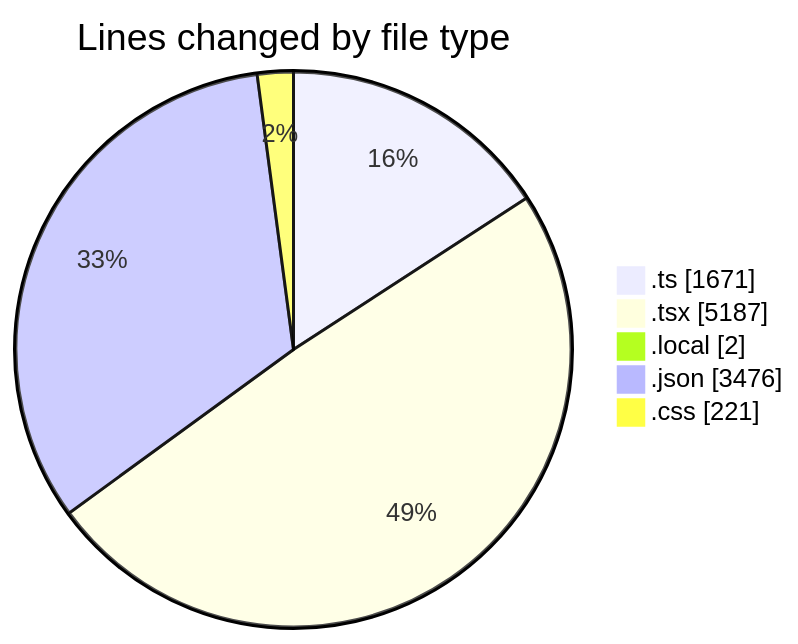
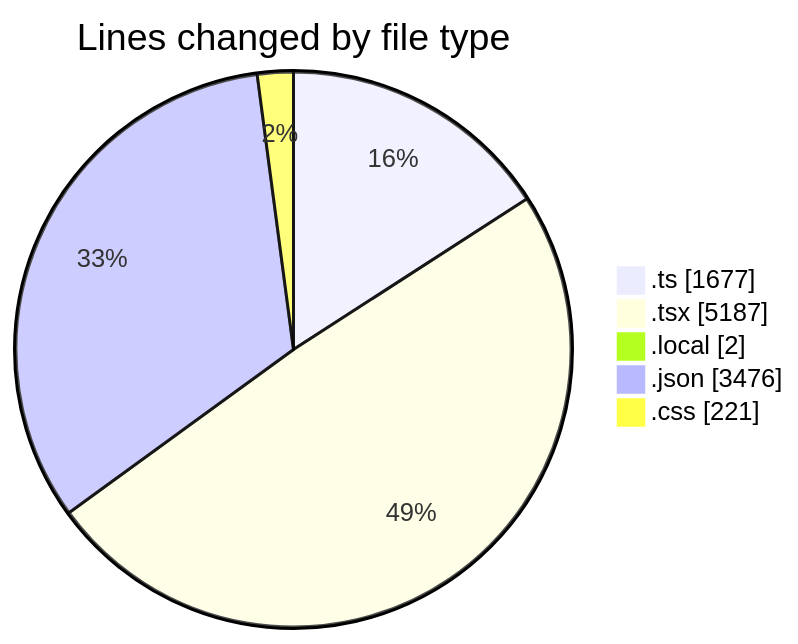
The first of 2 diagrams in 2025-10-28/eventscop-frontend-guide__workspace_/README.md (julien-gomy/code-tracking), drawn with Mermaid before and after one commit. The commit also changed other lines of this file and 1 other file, not shown here.

````diff
--- a/2025-10-28/eventscop-frontend-guide__workspace_/README.md
+++ b/2025-10-28/eventscop-frontend-guide__workspace_/README.md
@@ -58,9 +58,9 @@
 ```mermaid
 pie showData
 title Lines changed by file type
-".ts" : 1671
+".ts" : 1677
 ".tsx" : 5187
 ".local" : 2
 ".json" : 3476
 ".css" : 221
 ```
````
